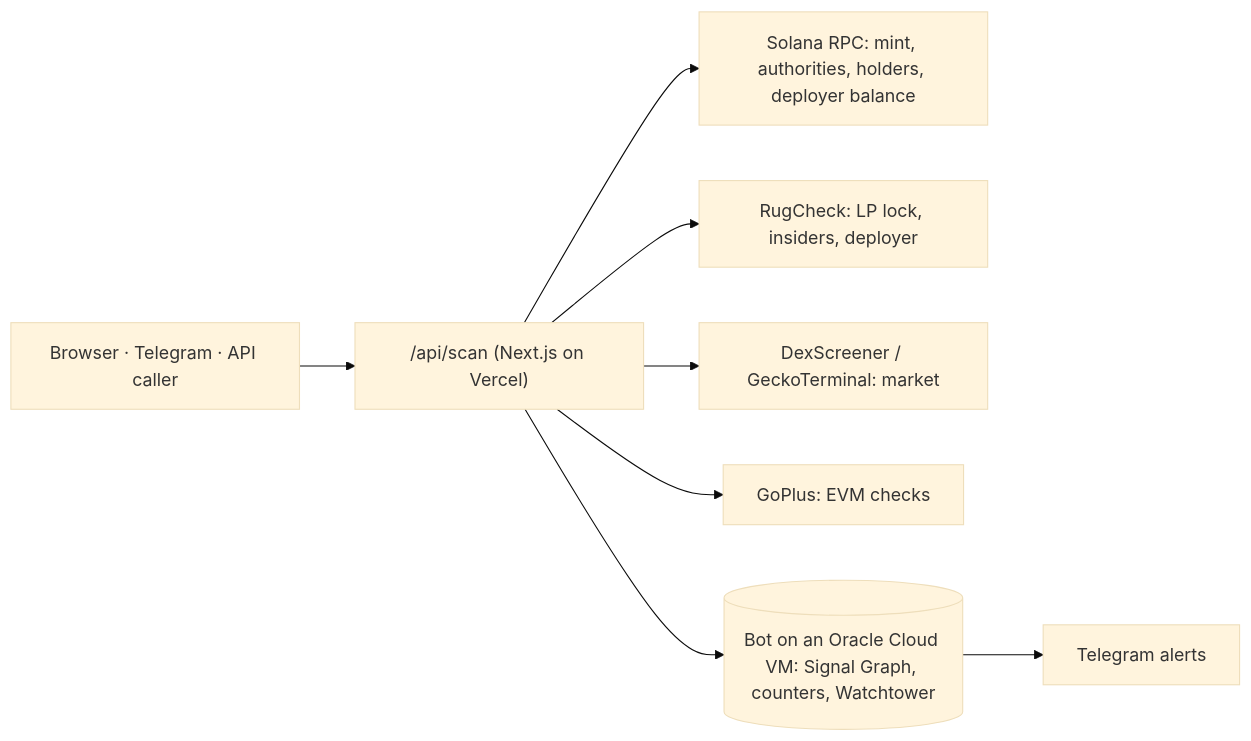
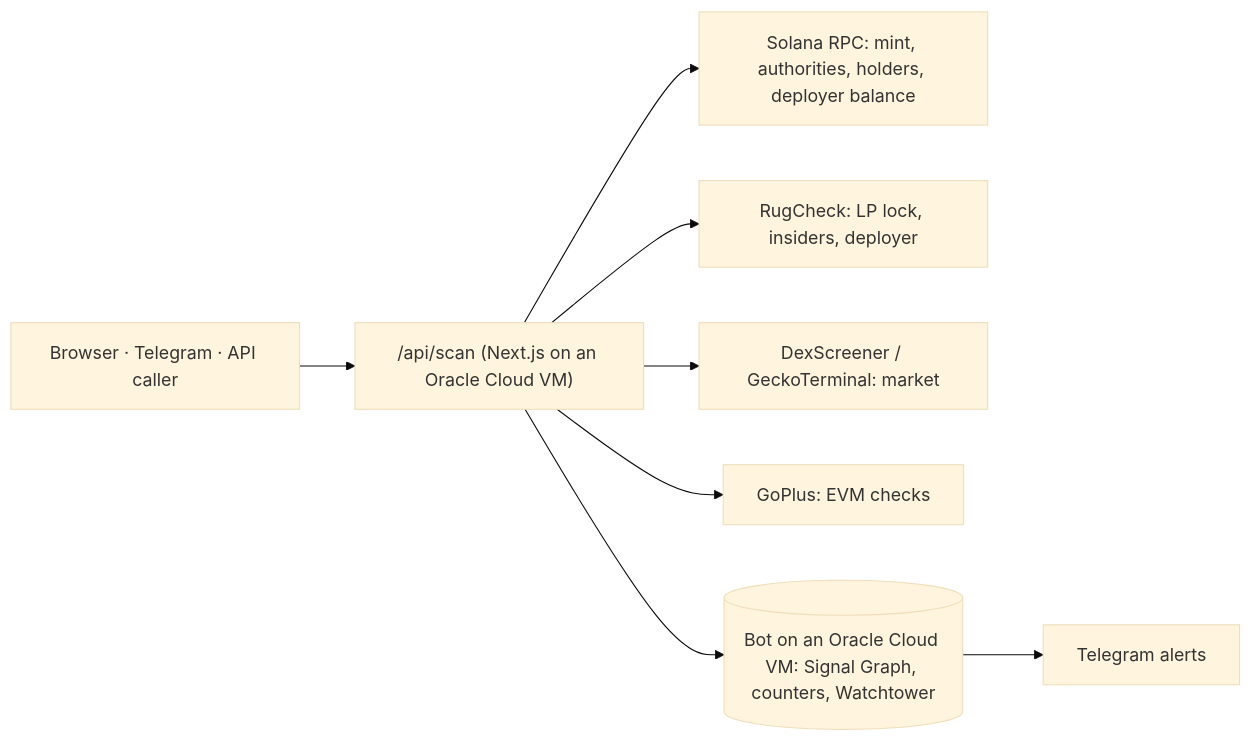
One commit to gl1tchbased-pixel/gl1tch-coin changed the diagram in README.md. Above: the diagram before and after it, drawn with Mermaid (base theme). The commit also changed 1 other file, not shown here.

Commit message:
fix(deck): site hosting is Oracle now; drop the unwired pool listener; list QR scanning (#60)
The site moved from Vercel to the Oracle Cloud VM on 2026-11-11, but the deck's
architecture card and M1 budget still said Vercel / Vercel Pro. The $240 line is
kept as a paid-hosting reserve, so the milestone total is unchanged.

The bot card still named a "real-time RPC pool listener"; bot/src/radar/listener.ts
is not imported anywhere, so that was an overclaim (same class as #57).

The "Already built" paragraph now mentions QR scanning and on-device recent scans
(shipped in #55, tested on a phone in #56).

````diff
--- a/README.md
+++ b/README.md
@@ -80,10 +80,10 @@
 ```mermaid
 flowchart LR
-  U[Browser · Telegram · API caller] --> S["/api/scan (Next.js on Vercel)"]
+  U[Browser · Telegram · API caller] --> S["/api/scan (Next.js on an Oracle Cloud VM)"]
   S --> RPC[Solana RPC: mint, authorities, holders, deployer balance]
   S --> RC[RugCheck: LP lock, insiders, deployer]
   S --> MK[DexScreener / GeckoTerminal: market]
   S --> GP[GoPlus: EVM checks]
   S --> BOT[(Bot on an Oracle Cloud VM: Signal Graph, counters, Watchtower)]
   BOT --> TG[Telegram alerts]
 ```
````
